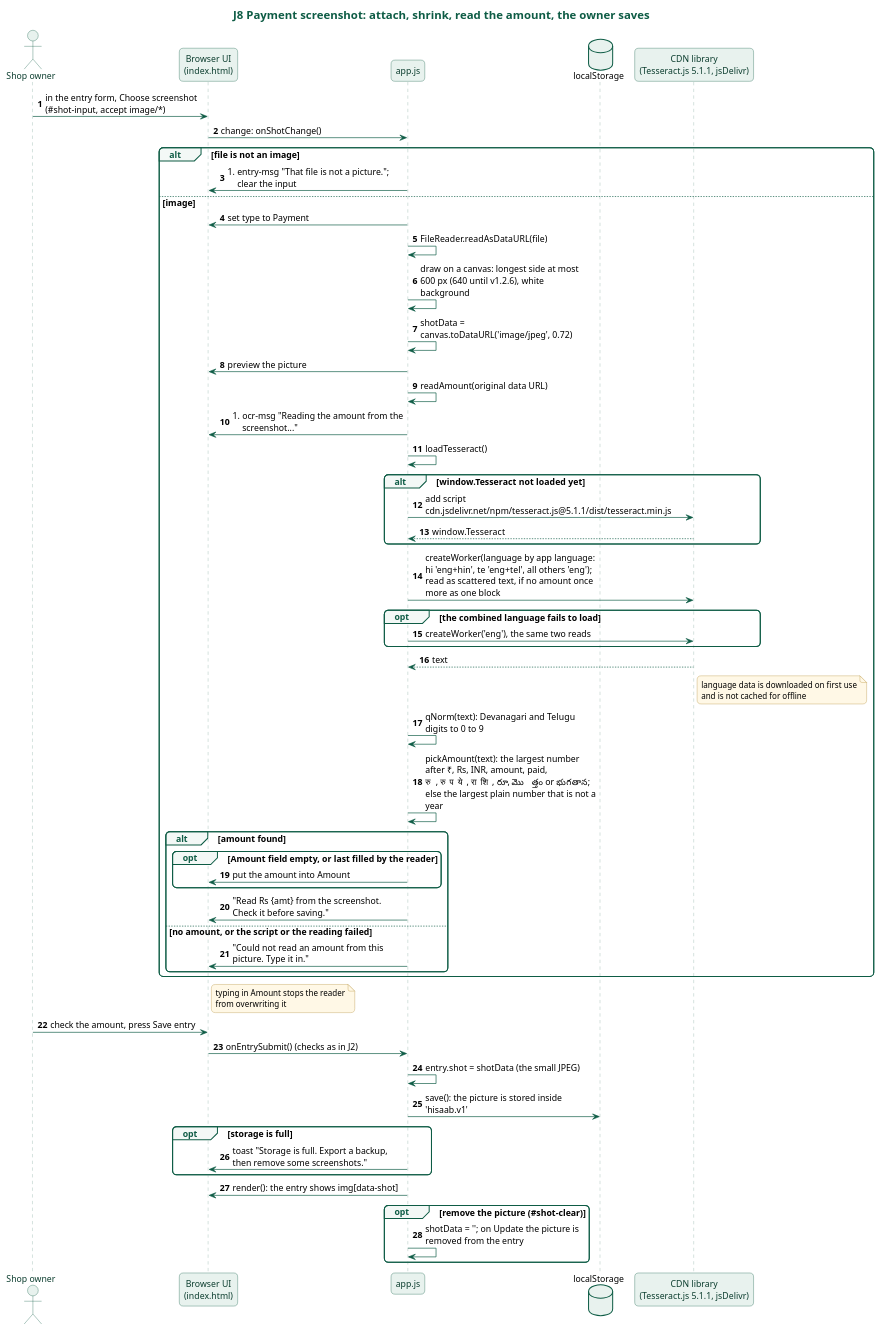
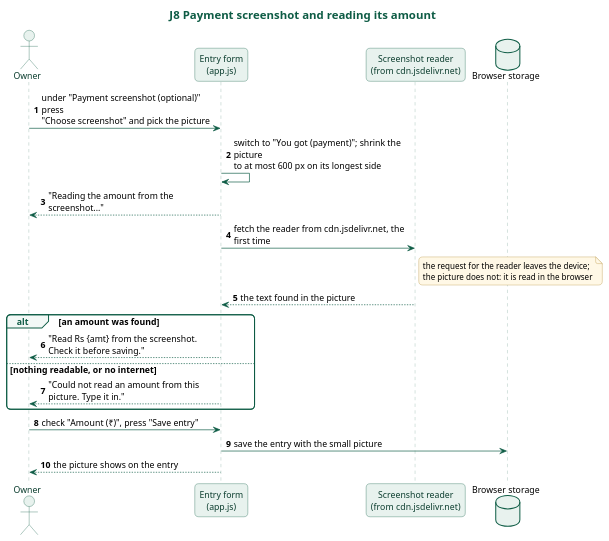
One commit to karwasanjay007/hisaab-docs changed the diagram in docs/diagrams/j8-payment-screenshot.puml. Above: the diagram before and after it, drawn with PlantUML. The commit also changed 62 other files, not shown here.

First line of the commit message:
Documents rewritten as one text about version 1.5.2.1, read from the code

```diff
--- a/docs/diagrams/j8-payment-screenshot.puml
+++ b/docs/diagrams/j8-payment-screenshot.puml
@@ -1,92 +1,59 @@
 @startuml j8-payment-screenshot
-title J8 Payment screenshot: attach, shrink, read the amount, the owner saves
+title J8 Payment screenshot and reading its amount
 skinparam backgroundColor white
 skinparam defaultFontName "Noto Sans"
 skinparam defaultFontSize 13
 skinparam roundCorner 12
 skinparam shadowing false
 skinparam maxMessageSize 260
 skinparam titleFontSize 17
 skinparam titleFontColor #0E5C45
 skinparam sequenceMessageAlign left
 skinparam responseMessageBelowArrow true
 skinparam sequence {
   ArrowColor #0E5C45
   LifeLineBorderColor #7FA89A
   LifeLineBackgroundColor #E8F2EE
   ParticipantBorderColor #0E5C45
   ParticipantBackgroundColor #E8F2EE
   ParticipantFontColor #0B3D2E
   ActorBorderColor #0E5C45
   ActorBackgroundColor #E8F2EE
   ActorFontColor #0B3D2E
   GroupBorderColor #0E5C45
   GroupHeaderFontColor #0E5C45
   GroupBackgroundColor #F3F8F6
   DividerBorderColor #0E5C45
   DividerBackgroundColor #E8F2EE
   DividerFontColor #0B3D2E
   BoxBorderColor #0E5C45
 }
 skinparam database {
   BorderColor #0E5C45
   BackgroundColor #E8F2EE
 }
 skinparam note {
   BorderColor #B08A2E
   BackgroundColor #FFF8E6
   FontSize 12
 }
-actor "Shop owner" as Owner
-participant "Browser UI\n(index.html)" as UI
-participant "app.js" as App
-database "localStorage" as LS
-participant "CDN library\n(Tesseract.js 5.1.1, jsDelivr)" as CDN
+actor "Owner" as O
+participant "Entry form\n(app.js)" as H
+participant "Screenshot reader\n(from cdn.jsdelivr.net)" as R
+database "Browser storage" as S
 autonumber
-Owner -> UI : in the entry form, Choose screenshot (#shot-input, accept image/*)
-UI -> App : change: onShotChange()
-alt file is not an image
-  App -> UI : #entry-msg "That file is not a picture."; clear the input
-else image
-  App -> UI : set type to Payment
-  App -> App : FileReader.readAsDataURL(file)
-  App -> App : draw on a canvas: longest side at most 600 px (640 until v1.2.6), white background
-  App -> App : shotData = canvas.toDataURL('image/jpeg', 0.72)
-  App -> UI : preview the picture
-  App -> App : readAmount(original data URL)
-  App -> UI : #ocr-msg "Reading the amount from the screenshot..."
-  App -> App : loadTesseract()
-  alt window.Tesseract not loaded yet
-    App -> CDN : add script cdn.jsdelivr.net/npm/tesseract.js@5.1.1/dist/tesseract.min.js
-    CDN --> App : window.Tesseract
-  end
-  App -> CDN : createWorker(language by app language:\nhi 'eng+hin', te 'eng+tel', all others 'eng');\nread as scattered text, if no amount once more as one block
-  opt the combined language fails to load
-    App -> CDN : createWorker('eng'), the same two reads
-  end
-  CDN --> App : text
-  note right of CDN : language data is downloaded on first use\nand is not cached for offline
-  App -> App : qNorm(text): Devanagari and Telugu digits to 0 to 9
-  App -> App : pickAmount(text): the largest number after ₹, Rs, INR, amount, paid,\nरु, रुपये, राशि, రూ, మొత్తం or భుగతాన;\nelse the largest plain number that is not a year
-  alt amount found
-    opt Amount field empty, or last filled by the reader
-      App -> UI : put the amount into Amount
-    end
-    App -> UI : "Read Rs {amt} from the screenshot. Check it before saving."
-  else no amount, or the script or the reading failed
-    App -> UI : "Could not read an amount from this picture. Type it in."
-  end
+O -> H : under "Payment screenshot (optional)" press\n"Choose screenshot" and pick the picture
+H -> H : switch to "You got (payment)"; shrink the picture\nto at most 600 px on its longest side
+H --> O : "Reading the amount from the screenshot..."
+H -> R : fetch the reader from cdn.jsdelivr.net, the first time
+note right of R : the request for the reader leaves the device;\nthe picture does not: it is read in the browser
+R --> H : the text found in the picture
+alt an amount was found
+  H --> O : "Read Rs {amt} from the screenshot. Check it before saving."
+else nothing readable, or no internet
+  H --> O : "Could not read an amount from this picture. Type it in."
 end
-note right of UI : typing in Amount stops the reader\nfrom overwriting it
-Owner -> UI : check the amount, press Save entry
-UI -> App : onEntrySubmit() (checks as in J2)
-App -> App : entry.shot = shotData (the small JPEG)
-App -> LS : save(): the picture is stored inside 'hisaab.v1'
-opt storage is full
-  App -> UI : toast "Storage is full. Export a backup, then remove some screenshots."
-end
-App -> UI : render(): the entry shows img[data-shot]
-opt remove the picture (#shot-clear)
-  App -> App : shotData = ''; on Update the picture is removed from the entry
-end
+O -> H : check "Amount (₹)", press "Save entry"
+H -> S : save the entry with the small picture
+H --> O : the picture shows on the entry
 @enduml
```
